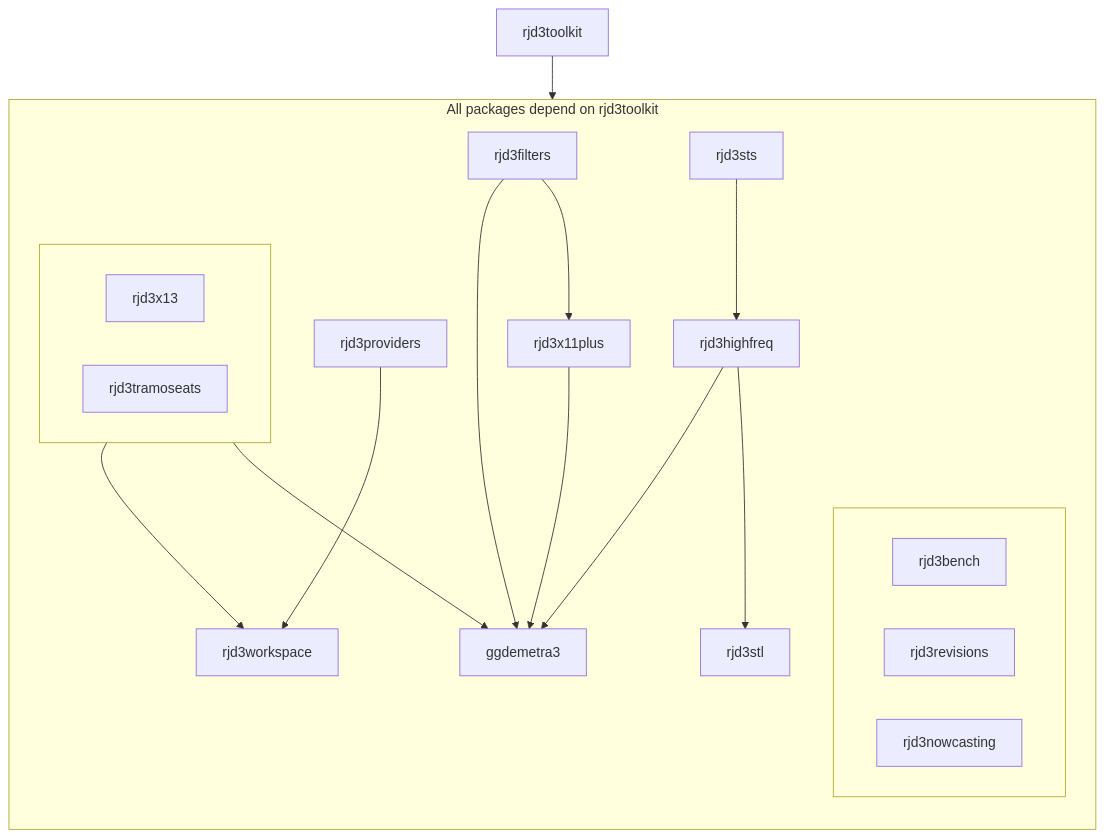
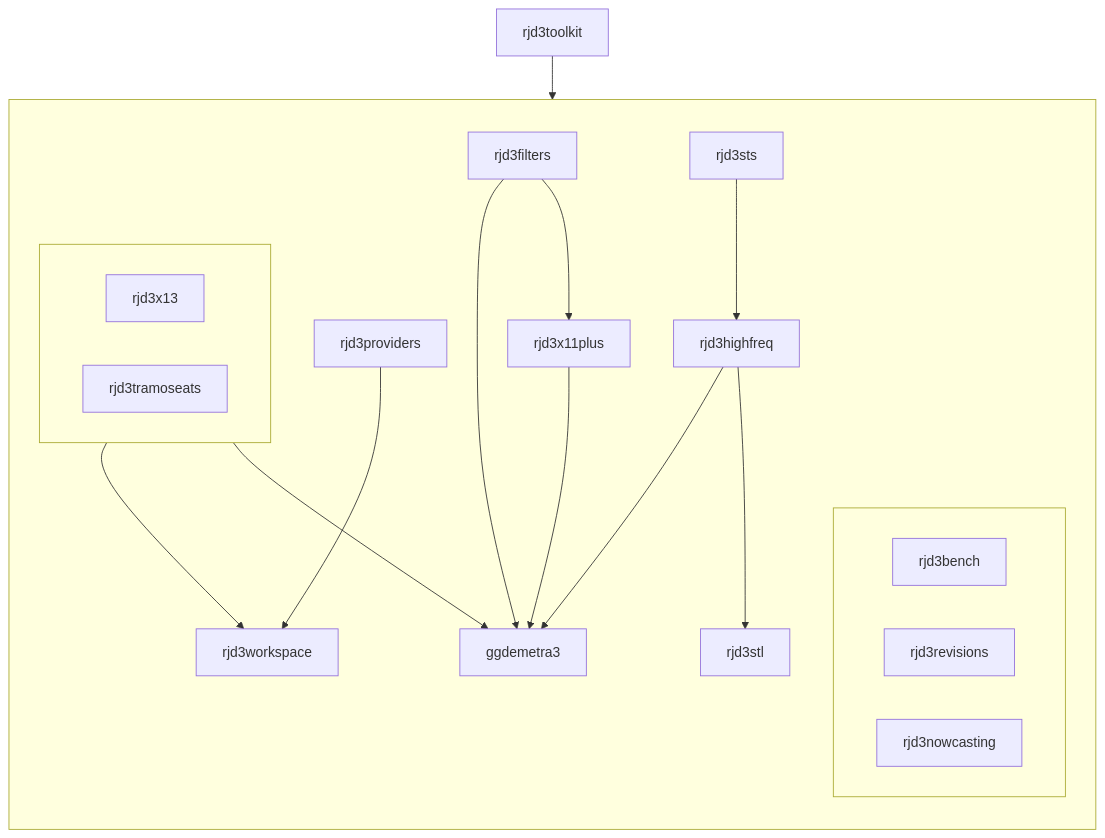
Before and after one commit to rjdverse/.github: the diagram in profile/README.md, drawn with Mermaid. The commit also changed 1 other file, not shown here.

Commit message:
graph update

````diff
--- a/profile/README.md
+++ b/profile/README.md
@@ -81,48 +81,48 @@
 ```mermaid
 flowchart TB
-    subgraph rjd3toolkit_depends ["All packages depend on rjd3toolkit"]
+    subgraph rjd3toolkit_depends [" "]
         direction TB
 
 
         subgraph rjd3_other[" "]
             rjd3bench
             rjd3revisions
             rjd3nowcasting
         end
         
         subgraph rjd3x13_tramo[" "]
             rjd3x13
             rjd3tramoseats
         end
 
         rjd3providers --> rjd3workspace
         rjd3x13_tramo --> rjd3workspace
 
         rjd3x13_tramo --> ggdemetra3
         rjd3highfreq --> ggdemetra3
         rjd3x11plus --> ggdemetra3
         rjd3filters --> ggdemetra3
         
         rjd3filters --> rjd3x11plus
         rjd3sts --> rjd3highfreq
         rjd3highfreq --> rjd3stl
 
     end
 
     rjd3toolkit --> rjd3toolkit_depends
 
   click rjd3toolkit "https://github.com/rjdverse/rjd3toolkit" _blank
   click rjd3nowcasting "https://github.com/rjdverse/rjd3nowcasting" _blank
   click rjd3stl "https://github.com/rjdverse/rjd3stl" _blank
   click rjd3highfreq "https://github.com/rjdverse/rjd3highfreq" _blank
   click rjd3sts "https://github.com/rjdverse/rjd3sts" _blank
   click rjd3x11plus "https://github.com/rjdverse/rjd3x11plus" _blank
   click rjd3filters "https://github.com/rjdverse/rjd3filters" _blank
   click rjd3providers "https://github.com/rjdverse/rjd3providers" _blank
   click rjd3workspace "https://github.com/rjdverse/rjd3workspace" _blank
   click rjd3x13 "https://github.com/rjdverse/rjd3x13" _blank
   click rjd3tramoseats "https://github.com/rjdverse/rjd3tramoseats" _blank
   click rjd3bench "https://github.com/rjdverse/rjd3bench" _blank
   click rjd3revisions "https://github.com/rjdverse/rjd3revisions" _blank
   click ggdemetra3 "https://github.com/AQLT/ggdemetra3" _blank
 ```
````
